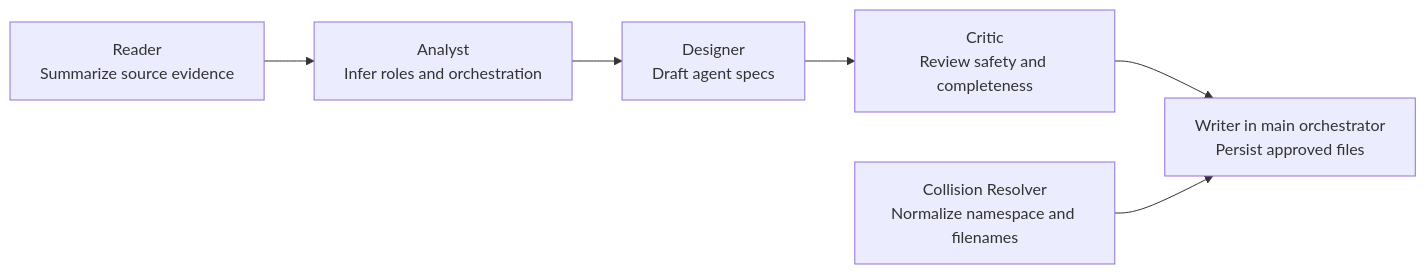
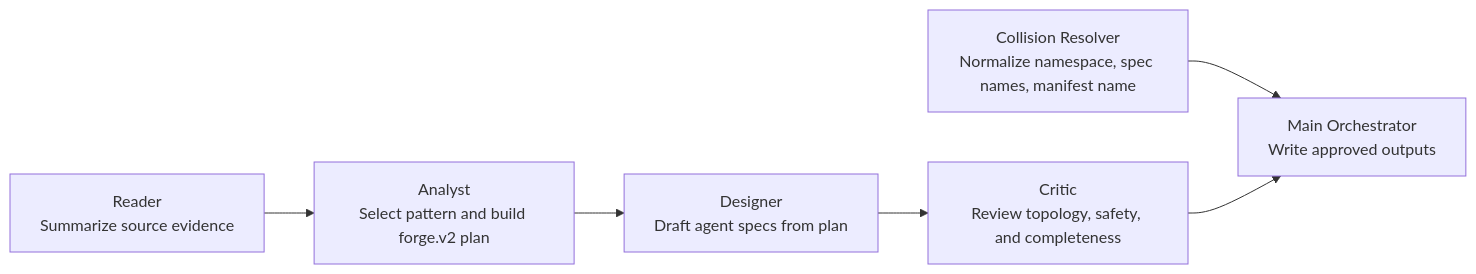
One commit to LehlomelaM/agents changed the second of 3 diagrams in forge/README.md. Above: the diagram before and after it, drawn with Mermaid. The commit also changed other lines of this file and 6 other files, not shown here.

Commit message:
add forge v2 workflow manifest model

````diff
--- a/forge/README.md
+++ b/forge/README.md
@@ -65,8 +101,8 @@
 ```mermaid
 flowchart LR
-    R[Reader\nSummarize source evidence] --> A[Analyst\nInfer roles and orchestration]
-    A --> D[Designer\nDraft agent specs]
-    D --> C[Critic\nReview safety and completeness]
-    C --> W[Writer in main orchestrator\nPersist approved files]
-    X[Collision Resolver\nNormalize namespace and filenames] --> W
+    R[Reader\nSummarize source evidence] --> A[Analyst\nSelect pattern and build forge.v2 plan]
+    A --> D[Designer\nDraft agent specs from plan]
+    D --> C[Critic\nReview topology, safety, and completeness]
+    X[Collision Resolver\nNormalize namespace, spec names, manifest name] --> W[Main Orchestrator\nWrite approved outputs]
+    C --> W
 ```
````
